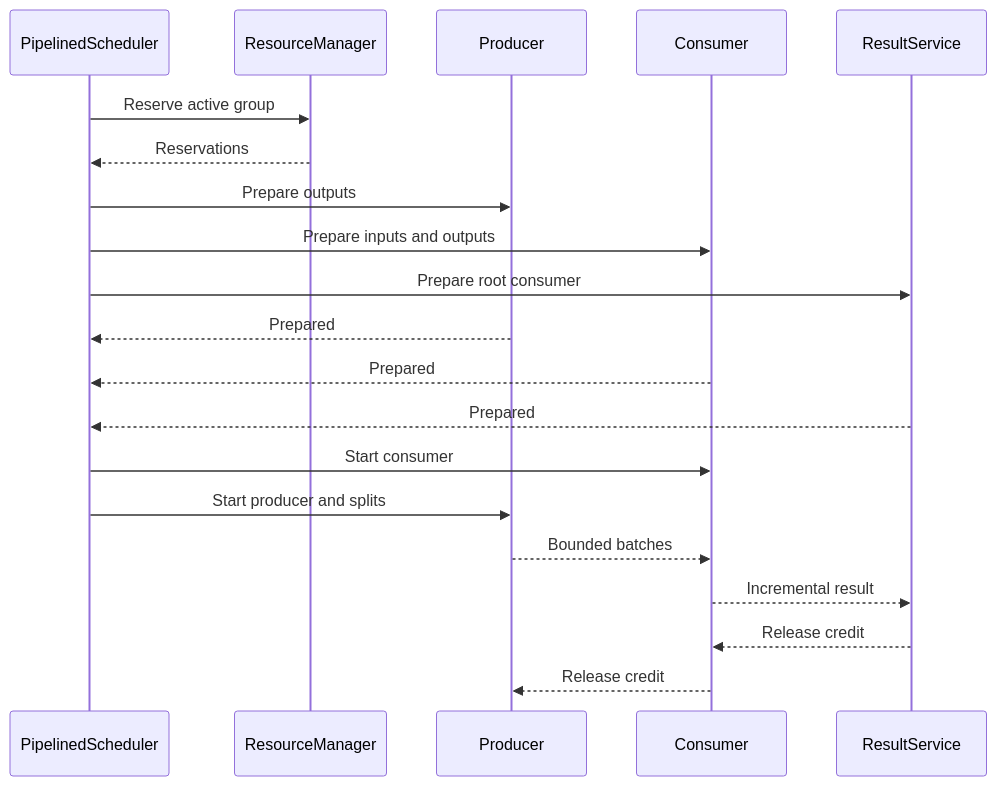
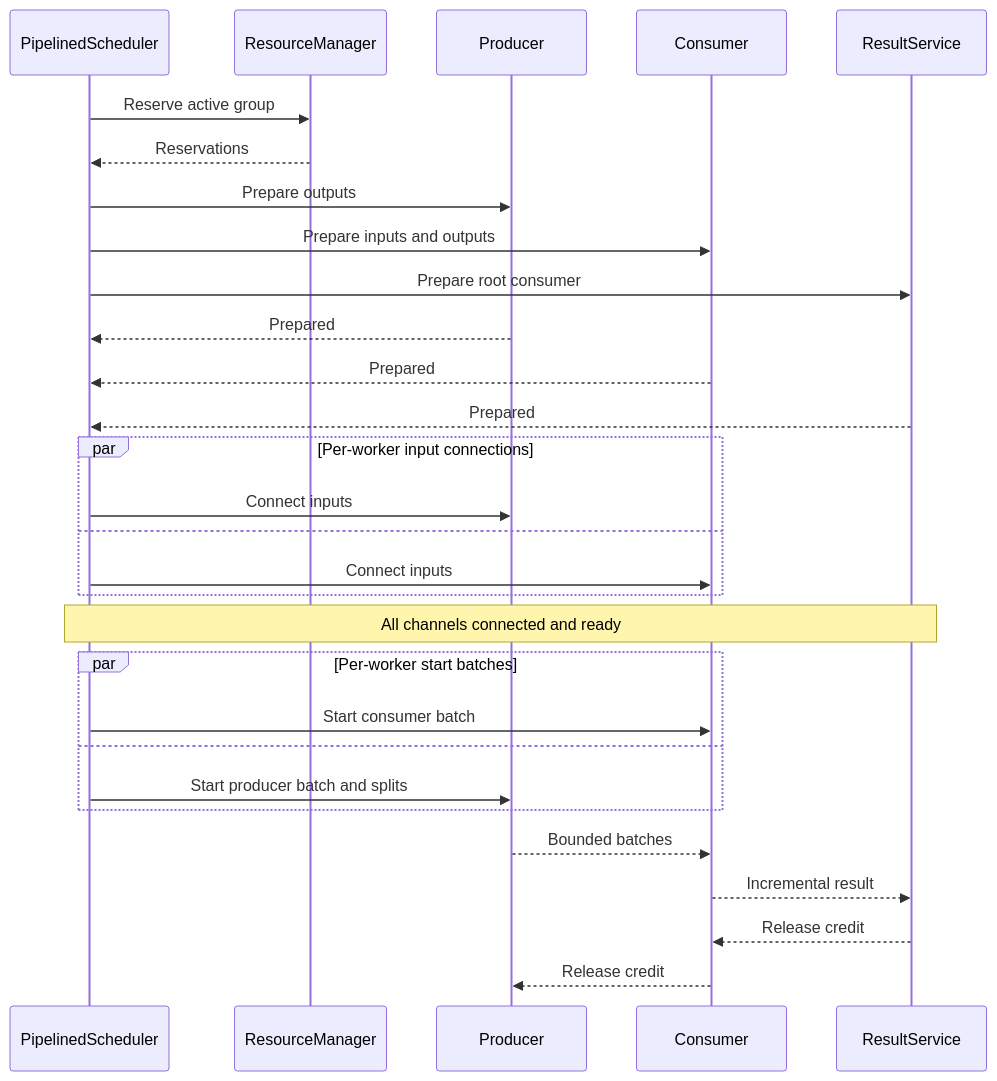
The second of 2 diagrams in PIPELINED_EXECUTION_DESIGN.md (AstroVela/vane), drawn with Mermaid before and after one commit. The commit also changed other lines of this file and 66 other files, not shown here.

```diff
--- a/PIPELINED_EXECUTION_DESIGN.md
+++ b/PIPELINED_EXECUTION_DESIGN.md
@@ -453,22 +495,31 @@
 ~~~mermaid
 sequenceDiagram
     participant S as PipelinedScheduler
     participant R as ResourceManager
     participant P as Producer
     participant C as Consumer
     participant O as ResultService
     S->>R: Reserve active group
     R-->>S: Reservations
     S->>P: Prepare outputs
     S->>C: Prepare inputs and outputs
     S->>O: Prepare root consumer
     P-->>S: Prepared
     C-->>S: Prepared
     O-->>S: Prepared
-    S->>C: Start consumer
-    S->>P: Start producer and splits
+    par Per-worker input connections
+        S->>P: Connect inputs
+    and
+        S->>C: Connect inputs
+    end
+    Note over S,O: All channels connected and ready
+    par Per-worker start batches
+        S->>C: Start consumer batch
+    and
+        S->>P: Start producer batch and splits
+    end
     P-->>C: Bounded batches
     C-->>O: Incremental result
     O-->>C: Release credit
     C-->>P: Release credit
 ~~~
```
